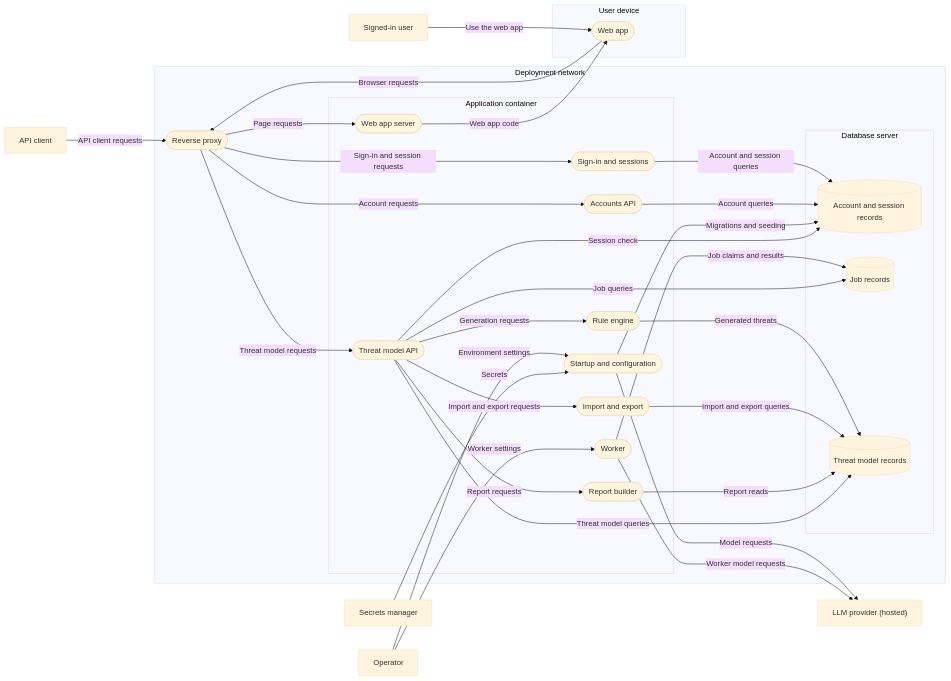
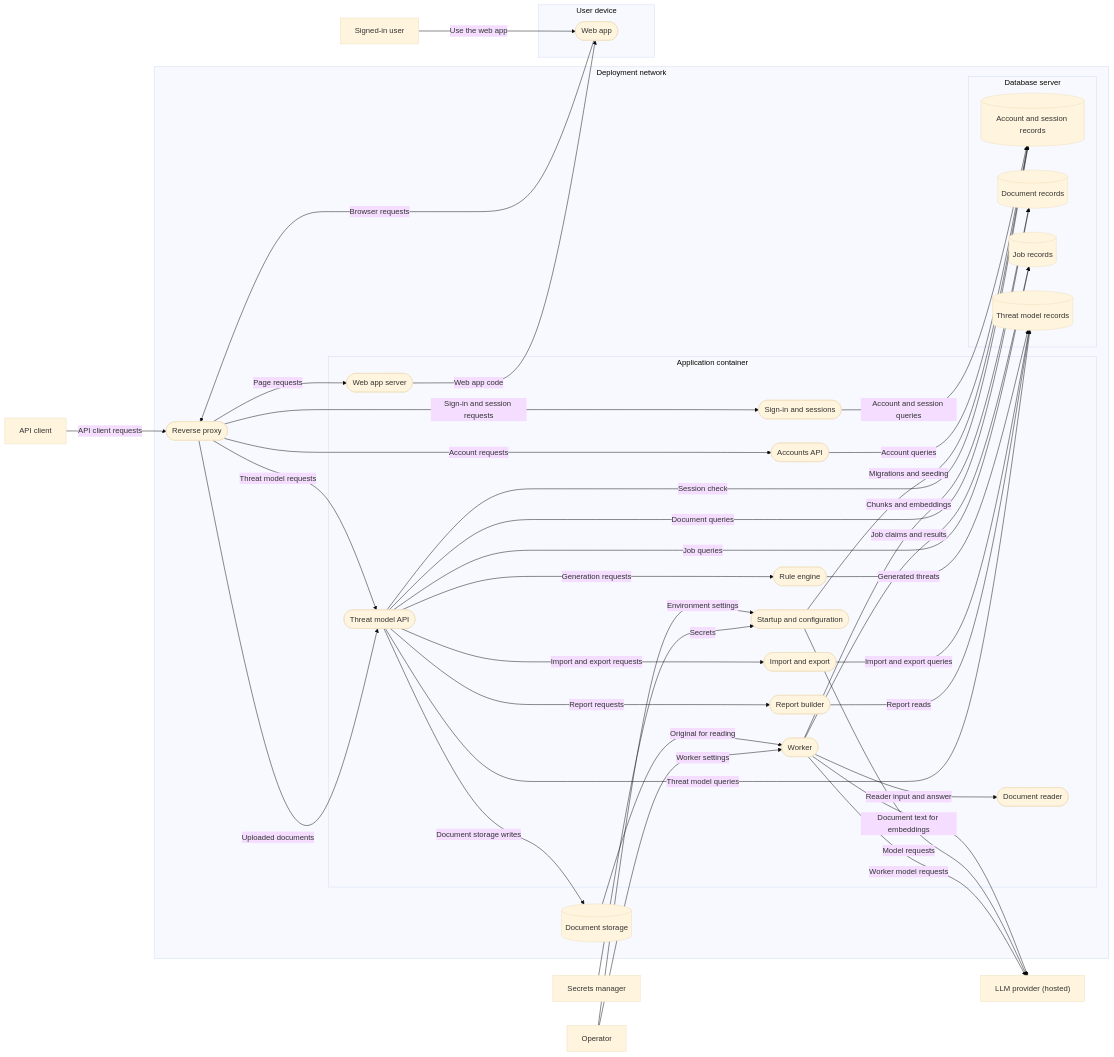
The diagram in docs/threat-model/report.md (shivamsaraswat/scrylux), drawn with Mermaid (base theme) before and after one commit. The commit also changed other lines of this file and 177 other files, not shown here.

````diff
--- a/docs/threat-model/report.md
+++ b/docs/threat-model/report.md
@@ -29,56 +29,66 @@
 ```mermaid
 flowchart LR
   subgraph b1["Deployment network"]
     n2(["Reverse proxy"])
-    subgraph b17["Application container"]
-      n18(["Accounts API"])
-      n19(["Import and export"])
-      n20(["Report builder"])
-      n21(["Rule engine"])
-      n22(["Sign#45;in and sessions"])
-      n23(["Startup and configuration"])
-      n24(["Threat model API"])
-      n25(["Web app server"])
-      n26(["Worker"])
+    n3[("Document storage")]
+    subgraph b23["Application container"]
+      n24(["Accounts API"])
+      n25(["Document reader"])
+      n26(["Import and export"])
+      n27(["Report builder"])
+      n28(["Rule engine"])
+      n29(["Sign#45;in and sessions"])
+      n30(["Startup and configuration"])
+      n31(["Threat model API"])
+      n32(["Web app server"])
+      n33(["Worker"])
     end
-    subgraph b30["Database server"]
-      n31[("Account and session records")]
-      n32[("Job records")]
-      n33[("Threat model records")]
+    subgraph b38["Database server"]
+      n39[("Account and session records")]
+      n40[("Document records")]
+      n41[("Job records")]
+      n42[("Threat model records")]
     end
   end
-  subgraph b34["User device"]
-    n35(["Web app"])
+  subgraph b43["User device"]
+    n44(["Web app"])
   end
-  n36["API client"]
-  n37["LLM provider #40;hosted#41;"]
-  n38["Operator"]
-  n39["Secrets manager"]
-  n40["Signed#45;in user"]
-  n22 -->|"Account and session queries"| n31
-  n18 -->|"Account queries"| n31
-  n2 -->|"Account requests"| n18
-  n21 -->|"Generated threats"| n33
-  n19 -->|"Import and export queries"| n33
-  n26 -->|"Job claims and results"| n32
-  n24 -->|"Job queries"| n32
-  n23 -->|"Migrations and seeding"| n31
-  n2 -->|"Page requests"| n25
-  n20 -->|"Report reads"| n33
-  n24 -->|"Session check"| n31
-  n2 -->|"Sign#45;in and session requests"| n22
-  n24 -->|"Threat model queries"| n33
-  n2 -->|"Threat model requests"| n24
-  n24 -->|"Generation requests"| n21
-  n24 -->|"Import and export requests"| n19
-  n24 -->|"Report requests"| n20
-  n36 -->|"API client requests"| n2
-  n35 -->|"Browser requests"| n2
-  n38 -->|"Environment settings"| n23
-  n23 -->|"Model requests"| n37
-  n39 -->|"Secrets"| n23
-  n40 -->|"Use the web app"| n35
-  n25 -->|"Web app code"| n35
-  n26 -->|"Worker model requests"| n37
-  n38 -->|"Worker settings"| n26
+  n45["API client"]
+  n46["LLM provider #40;hosted#41;"]
+  n47["Operator"]
+  n48["Secrets manager"]
+  n49["Signed#45;in user"]
+  n29 -->|"Account and session queries"| n39
+  n24 -->|"Account queries"| n39
+  n2 -->|"Account requests"| n24
+  n33 -->|"Chunks and embeddings"| n40
+  n31 -->|"Document queries"| n40
+  n31 -->|"Document storage writes"| n3
+  n28 -->|"Generated threats"| n42
+  n26 -->|"Import and export queries"| n42
+  n33 -->|"Job claims and results"| n41
+  n31 -->|"Job queries"| n41
+  n30 -->|"Migrations and seeding"| n39
+  n3 -->|"Original for reading"| n33
+  n2 -->|"Page requests"| n32
+  n27 -->|"Report reads"| n42
+  n31 -->|"Session check"| n39
+  n2 -->|"Sign#45;in and session requests"| n29
+  n31 -->|"Threat model queries"| n42
+  n2 -->|"Threat model requests"| n31
+  n2 -->|"Uploaded documents"| n31
+  n31 -->|"Generation requests"| n28
+  n31 -->|"Import and export requests"| n26
+  n33 -->|"Reader input and answer"| n25
+  n31 -->|"Report requests"| n27
+  n45 -->|"API client requests"| n2
+  n44 -->|"Browser requests"| n2
+  n33 -->|"Document text for embeddings"| n46
+  n47 -->|"Environment settings"| n30
+  n30 -->|"Model requests"| n46
+  n48 -->|"Secrets"| n30
+  n49 -->|"Use the web app"| n44
+  n32 -->|"Web app code"| n44
+  n33 -->|"Worker model requests"| n46
+  n47 -->|"Worker settings"| n33
 ```
````
